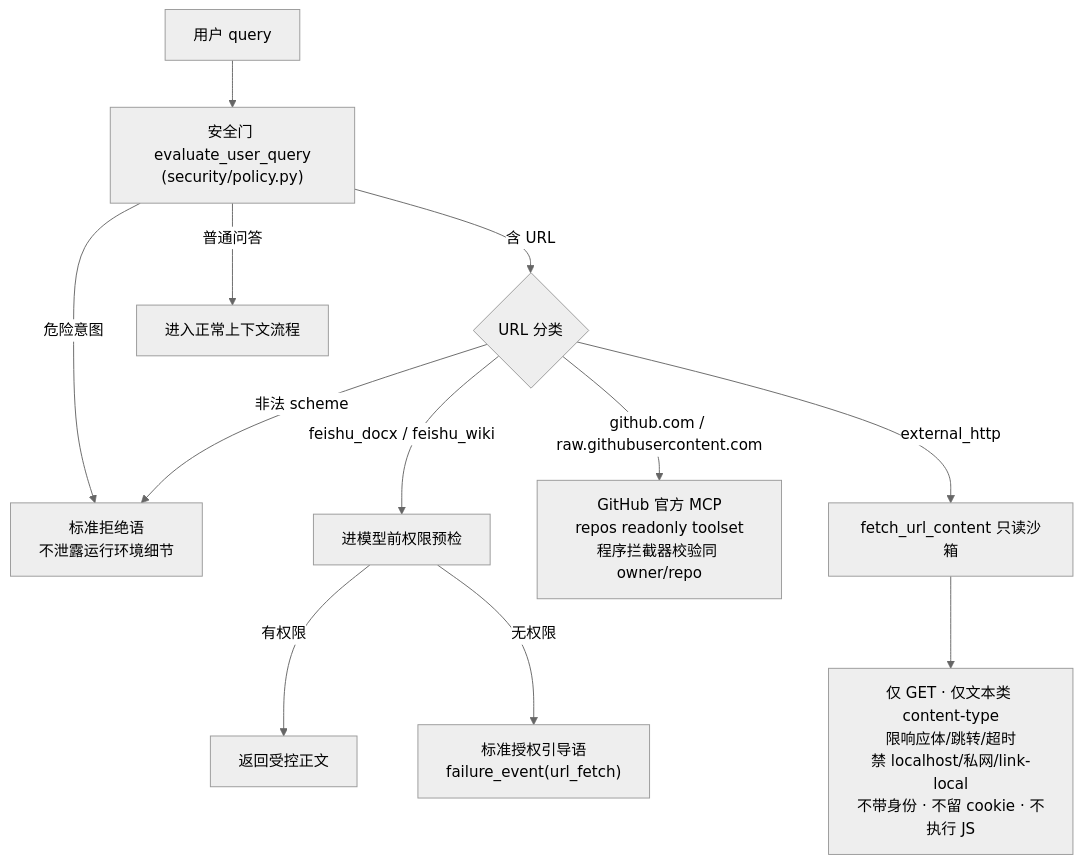
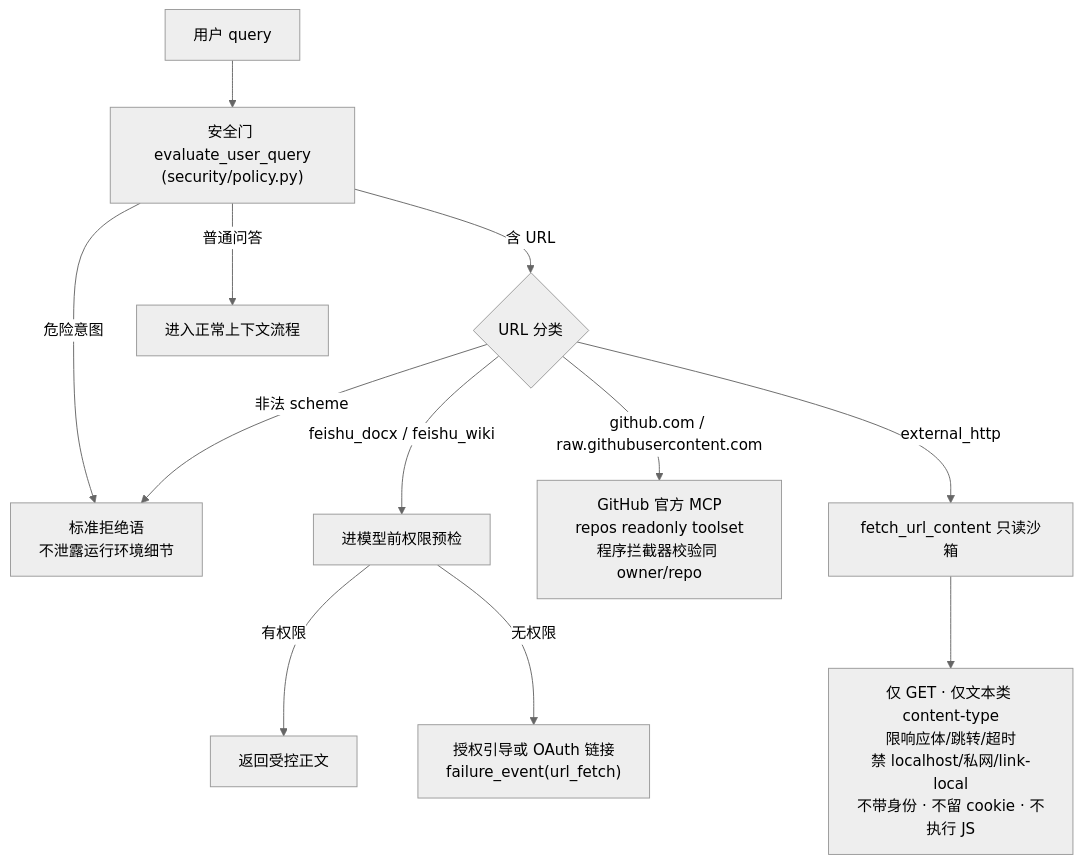
Before and after one commit to permanentstar/lark-doc-whisper: the sixth of 7 diagrams in docs/lark_doc_whisper_architecture.zh-CN.md, drawn with Mermaid (neutral theme). The commit also changed other lines of this file and 21 other files, not shown here.

````diff
--- a/docs/lark_doc_whisper_architecture.zh-CN.md
+++ b/docs/lark_doc_whisper_architecture.zh-CN.md
@@ -229,17 +229,17 @@
 ```mermaid
 flowchart TD
     Q["用户 query"] --> G["安全门 evaluate_user_query<br/>(security/policy.py)"]
     G -->|危险意图| DENY["标准拒绝语<br/>不泄露运行环境细节"]
     G -->|含 URL| CLS{URL 分类}
     G -->|普通问答| PASS["进入正常上下文流程"]
 
     CLS -->|feishu_docx / feishu_wiki| FP["进模型前权限预检"]
     FP -->|有权限| FOK["返回受控正文"]
-    FP -->|无权限| FNO["标准授权引导语<br/>failure_event(url_fetch)"]
+    FP -->|无权限| FNO["授权引导或 OAuth 链接<br/>failure_event(url_fetch)"]
 
     CLS -->|github.com / raw.githubusercontent.com| GH["GitHub 官方 MCP<br/>repos readonly toolset<br/>程序拦截器校验同 owner/repo"]
     CLS -->|external_http| EXT["fetch_url_content 只读沙箱"]
     EXT --> EC["仅 GET · 仅文本类 content-type<br/>限响应体/跳转/超时<br/>禁 localhost/私网/link-local<br/>不带身份 · 不留 cookie · 不执行 JS"]
 
     CLS -->|非法 scheme| DENY
 ```
````
